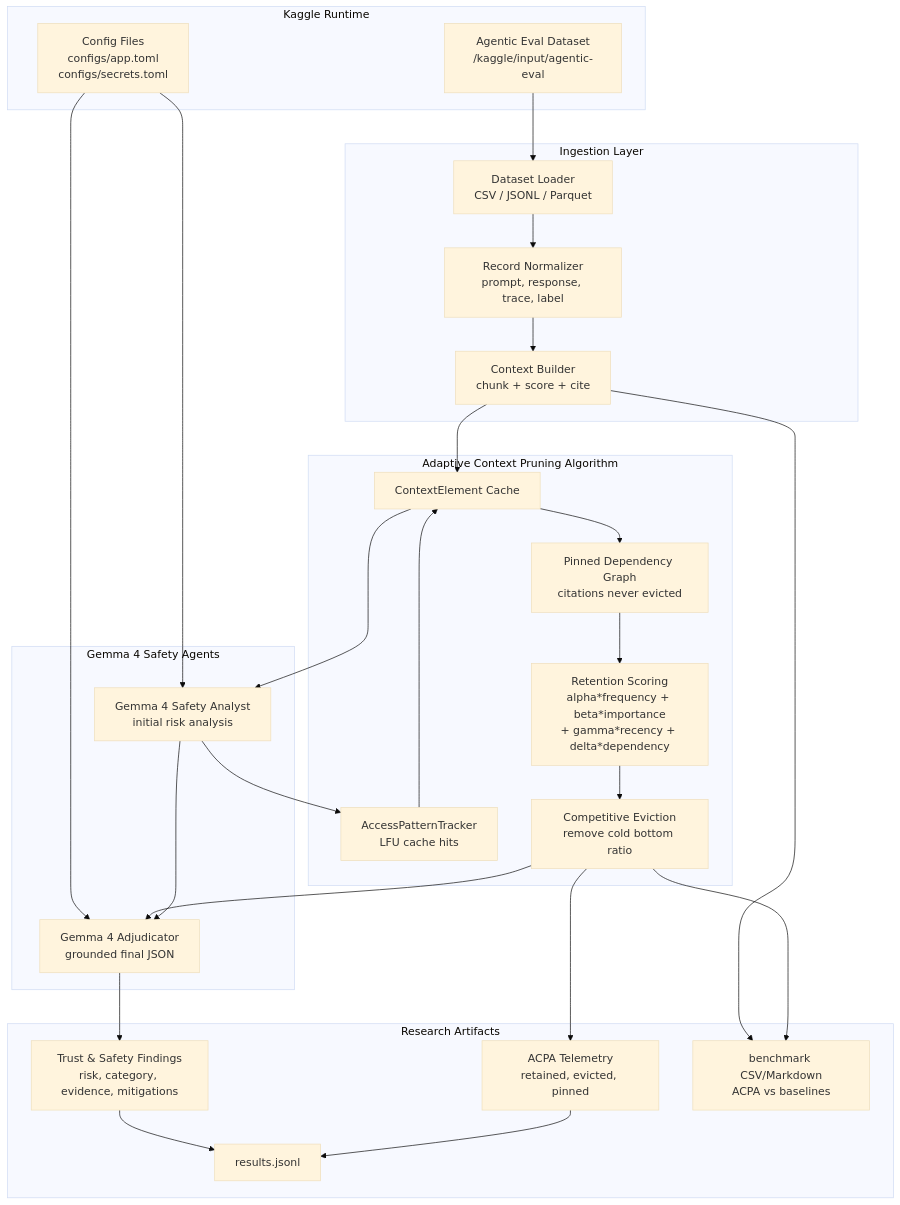
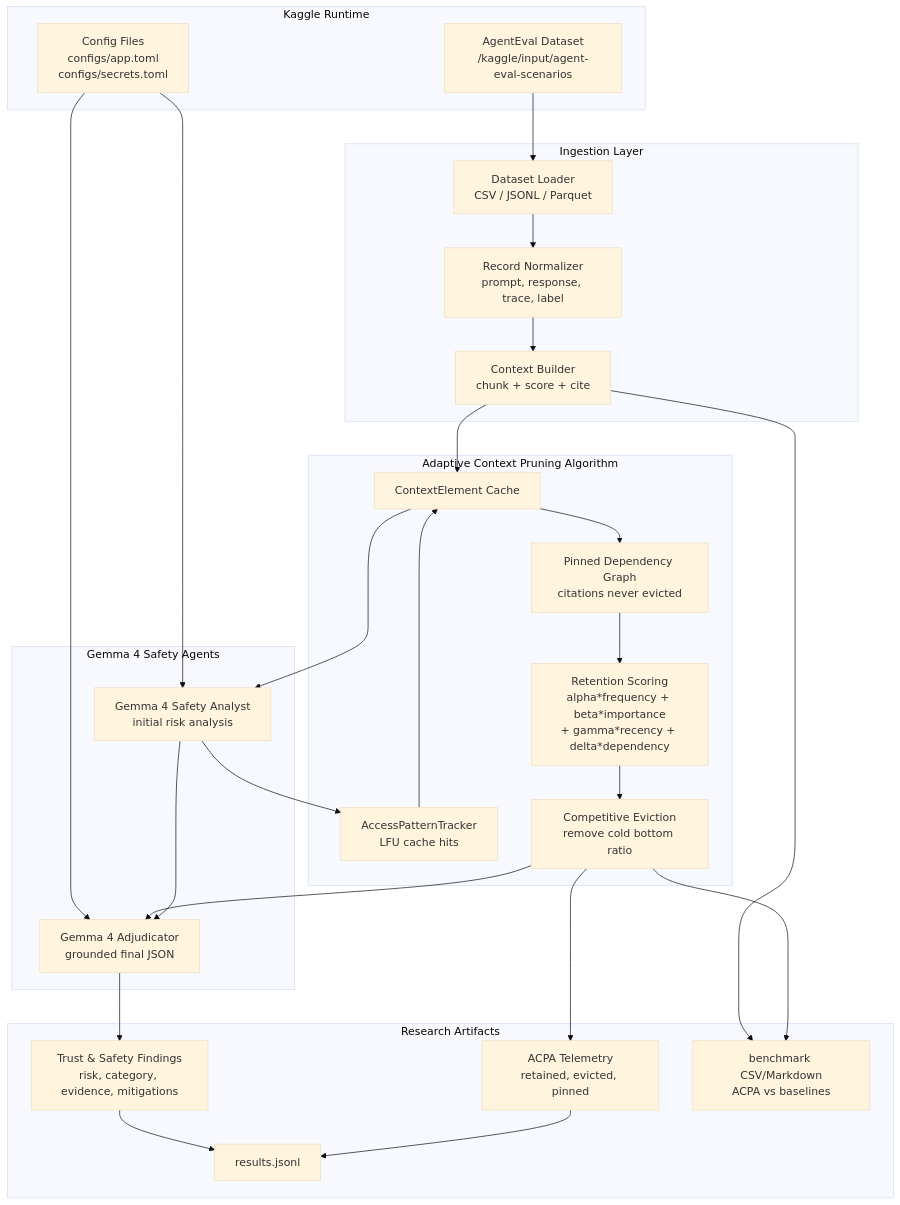
The diagram in docs/architecture.md (joyjeni/context-pruning), drawn with Mermaid (base theme) before and after one commit. The commit also changed other lines of this file and 7 other files, not shown here.

Commit message:
Support AgentEval scenarios Kaggle input

````diff
--- a/docs/architecture.md
+++ b/docs/architecture.md
@@ -6,49 +6,49 @@
 ```mermaid
 flowchart TD
     subgraph Kaggle["Kaggle Runtime"]
-        D1["Agentic Eval Dataset<br/>/kaggle/input/agentic-eval"]
+        D1["AgentEval Dataset<br/>/kaggle/input/agent-eval-scenarios"]
         C1["Config Files<br/>configs/app.toml<br/>configs/secrets.toml"]
     end
 
     subgraph Ingestion["Ingestion Layer"]
         L1["Dataset Loader<br/>CSV / JSONL / Parquet"]
         N1["Record Normalizer<br/>prompt, response, trace, label"]
         B1["Context Builder<br/>chunk + score + cite"]
     end
 
     subgraph ACPA["Adaptive Context Pruning Algorithm"]
         M1["ContextElement Cache"]
         T1["AccessPatternTracker<br/>LFU cache hits"]
         S1["Retention Scoring<br/>alpha*frequency + beta*importance<br/>+ gamma*recency + delta*dependency"]
         E1["Competitive Eviction<br/>remove cold bottom ratio"]
         P1["Pinned Dependency Graph<br/>citations never evicted"]
     end
 
     subgraph Gemma["Gemma 4 Safety Agents"]
         G1["Gemma 4 Safety Analyst<br/>initial risk analysis"]
         G2["Gemma 4 Adjudicator<br/>grounded final JSON"]
     end
 
     subgraph Outputs["Research Artifacts"]
         O1["Trust & Safety Findings<br/>risk, category, evidence, mitigations"]
         O2["ACPA Telemetry<br/>retained, evicted, pinned"]
         O3["results.jsonl"]
         O4["benchmark CSV/Markdown<br/>ACPA vs baselines"]
     end
 
     D1 --> L1 --> N1 --> B1 --> M1
     C1 --> G1
     C1 --> G2
     M1 --> G1
     G1 --> T1
     T1 --> M1
     M1 --> P1 --> S1 --> E1
     E1 --> G2
     G1 --> G2
     G2 --> O1
     E1 --> O2
     O1 --> O3
     O2 --> O3
     B1 --> O4
     E1 --> O4
 ```
````
